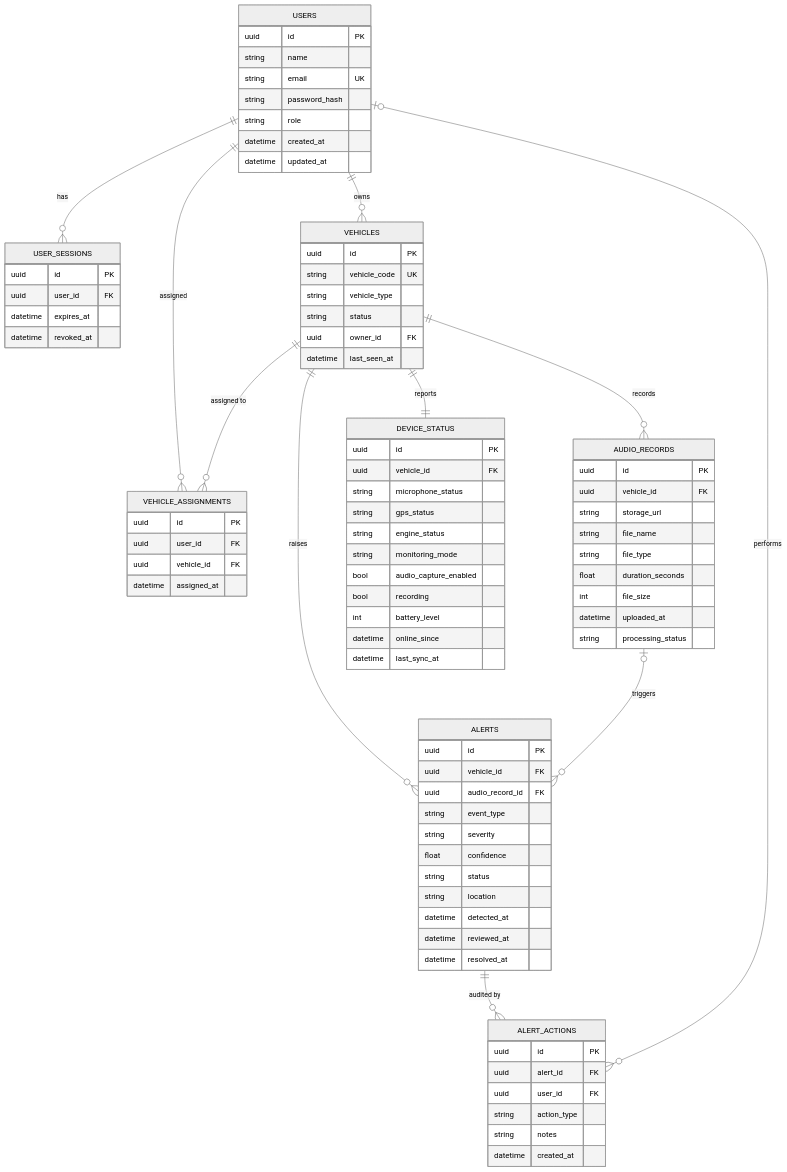
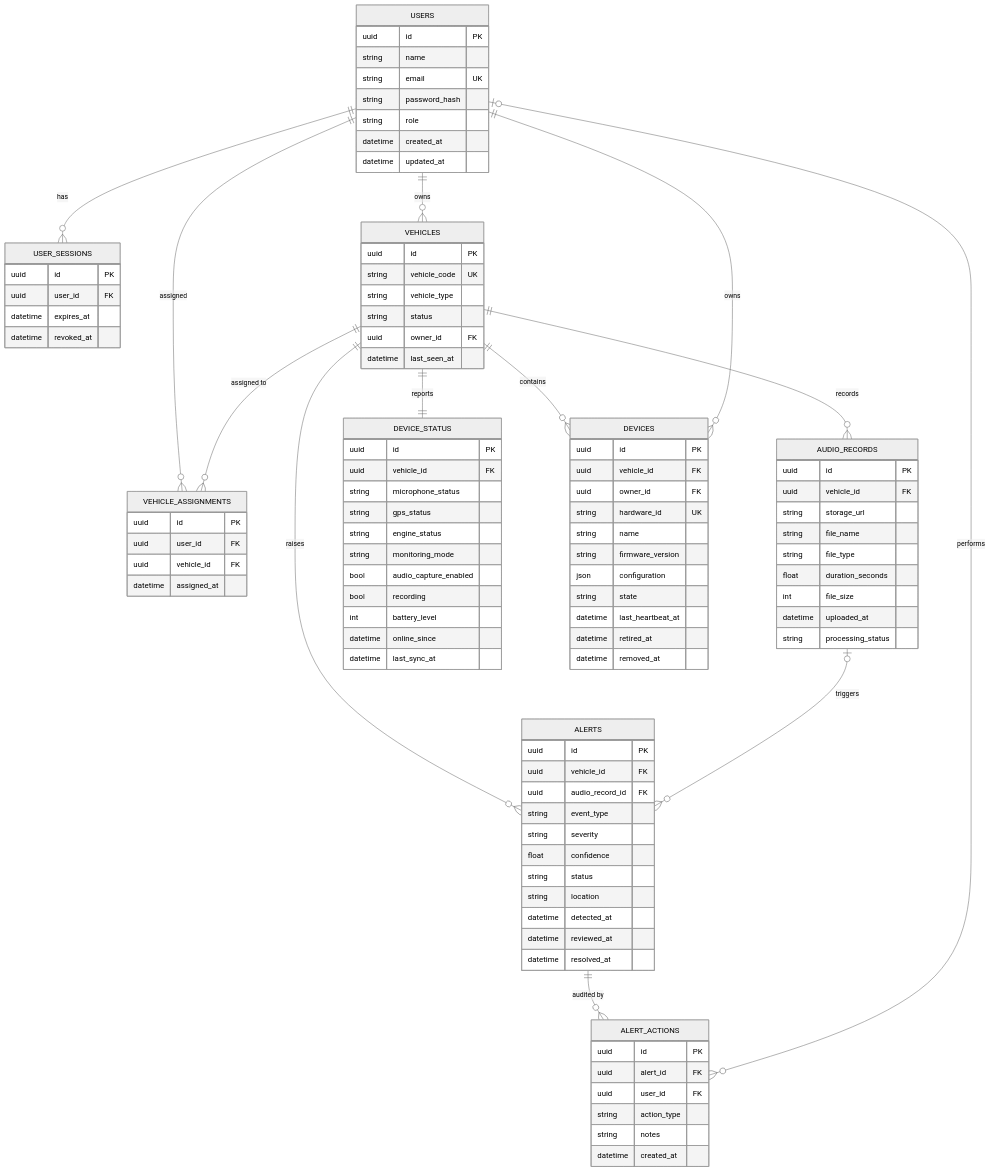
One commit to jenish16-9/smart-car-data-management changed the first of 2 diagrams in docs/database-design.md. Above: the diagram before and after it, drawn with Mermaid (neutral theme). The commit also changed other lines of this file and 20 other files, not shown here.

````diff
--- a/docs/database-design.md
+++ b/docs/database-design.md
@@ -65,6 +72,8 @@
     VEHICLES ||--o{ AUDIO_RECORDS : "records"
     VEHICLES ||--o{ ALERTS : "raises"
     VEHICLES ||--|| DEVICE_STATUS : "reports"
+    VEHICLES ||--o{ DEVICES : "contains"
+    USERS ||--o{ DEVICES : "owns"
     AUDIO_RECORDS |o--o{ ALERTS : "triggers"
     ALERTS ||--o{ ALERT_ACTIONS : "audited by"
     USERS |o--o{ ALERT_ACTIONS : "performs"
@@ -143,4 +152,17 @@
         datetime online_since
         datetime last_sync_at
     }
+    DEVICES {
+        uuid id PK
+        uuid vehicle_id FK
+        uuid owner_id FK
+        string hardware_id UK
+        string name
+        string firmware_version
+        json configuration
+        string state
+        datetime last_heartbeat_at
+        datetime retired_at
+        datetime removed_at
+    }
 ```
````
